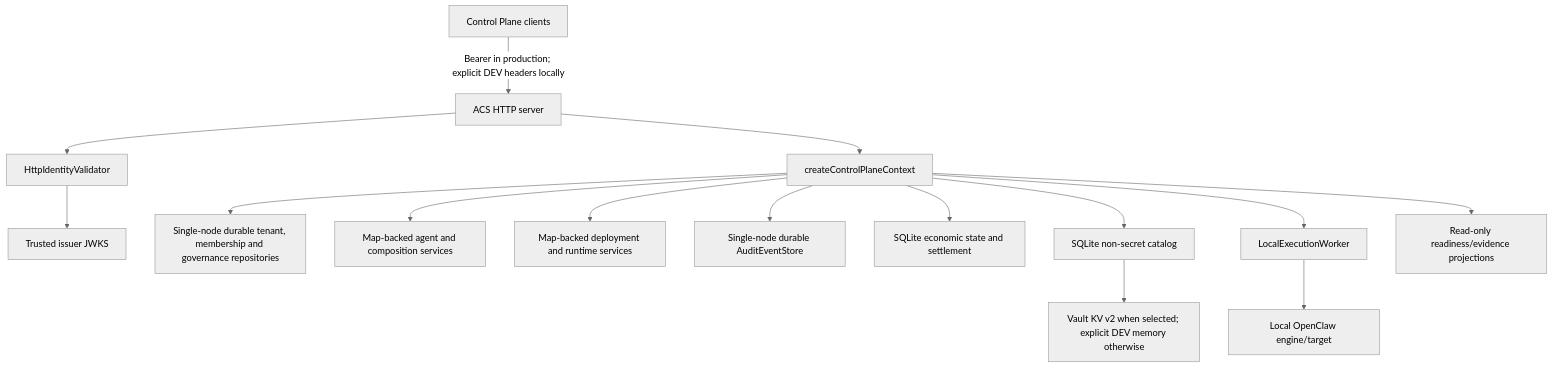
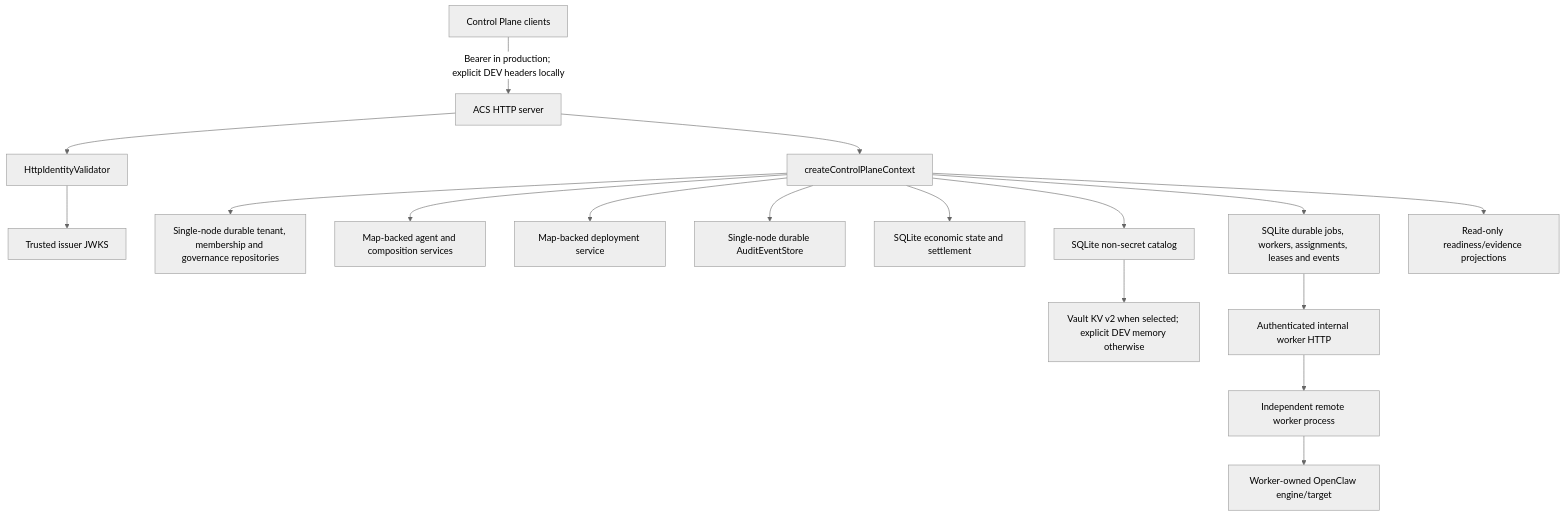
One commit to Axodus/ACS changed the first of 6 diagrams in docs/epics/epic-15-5/architecture-gap-review.md. Above: the diagram before and after it, drawn with Mermaid (neutral theme). The commit also changed other lines of this file and 28 other files, not shown here.

````diff
--- a/docs/epics/epic-15-5/architecture-gap-review.md
+++ b/docs/epics/epic-15-5/architecture-gap-review.md
@@ -55,17 +55,19 @@
 ```mermaid
 flowchart TD
   Browser[Control Plane clients] -->|Bearer in production; explicit DEV headers locally| HTTP[ACS HTTP server]
   HTTP --> Identity[HttpIdentityValidator]
   Identity --> JWKS[Trusted issuer JWKS]
   HTTP --> Context[createControlPlaneContext]
   Context --> Tenant[Single-node durable tenant, membership and governance repositories]
   Context --> Agent[Map-backed agent and composition services]
-  Context --> Deploy[Map-backed deployment and runtime services]
+  Context --> Deploy[Map-backed deployment service]
   Context --> Audit[Single-node durable AuditEventStore]
   Context --> Econ[SQLite economic state and settlement]
   Context --> SecretCatalog[SQLite non-secret catalog]
   SecretCatalog --> Secret[Vault KV v2 when selected; explicit DEV memory otherwise]
-  Context --> Worker[LocalExecutionWorker]
-  Worker --> Engine[Local OpenClaw engine/target]
+  Context --> Runtime[SQLite durable jobs, workers, assignments, leases and events]
+  Runtime --> WorkerApi[Authenticated internal worker HTTP]
+  WorkerApi --> RemoteWorker[Independent remote worker process]
+  RemoteWorker --> Engine[Worker-owned OpenClaw engine/target]
   Context --> Evidence[Read-only readiness/evidence projections]
 ```
````
